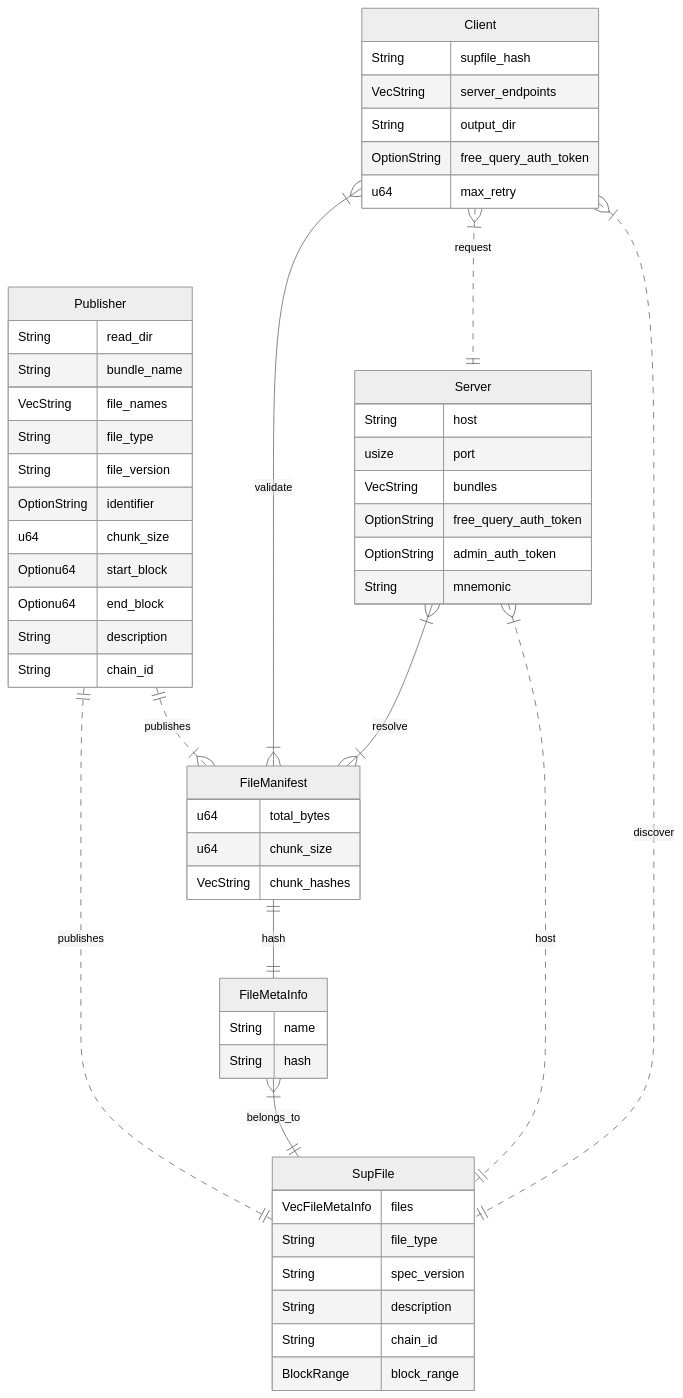
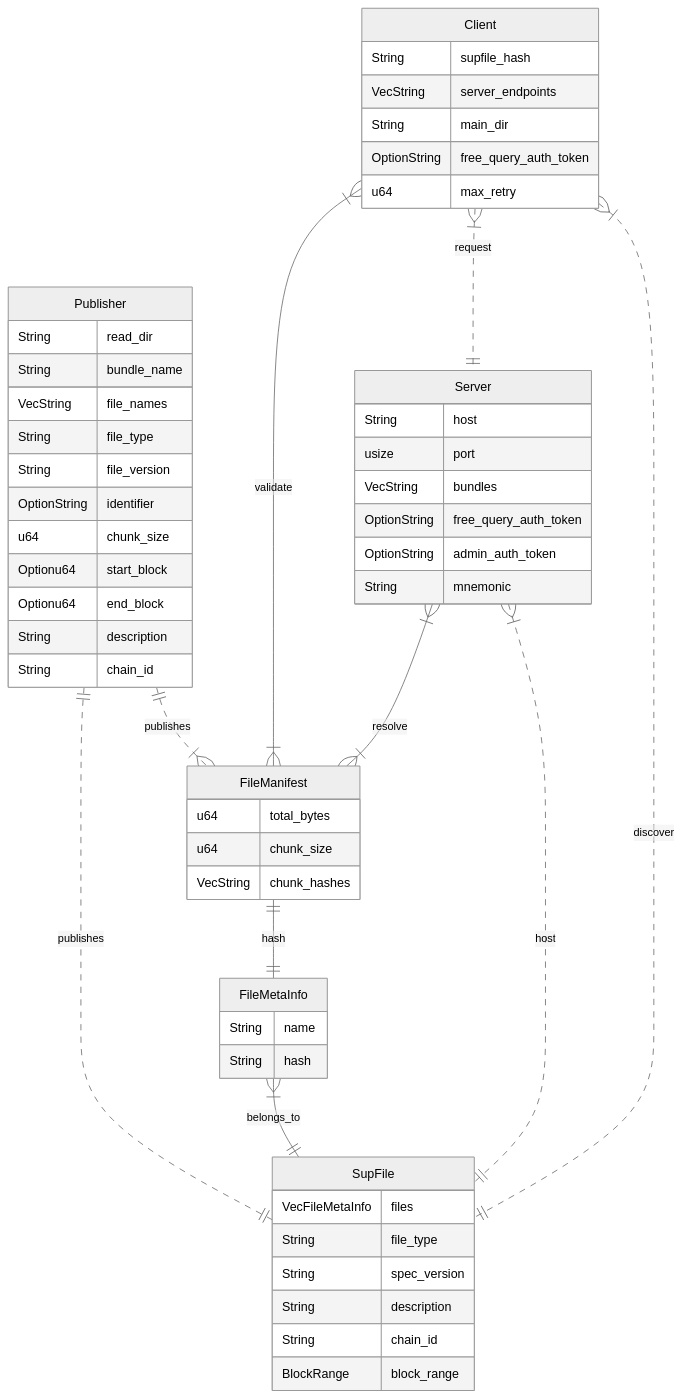
Before and after one commit to graphops/file-hosting-service: the diagram in docs/manifest.md, drawn with Mermaid (neutral theme). The commit also changed 22 other files, not shown here.

````diff
--- a/docs/manifest.md
+++ b/docs/manifest.md
@@ -5,62 +5,62 @@
 ```mermaid
 erDiagram
     Publisher ||..|{ FileManifest : publishes
     FileManifest ||--|| FileMetaInfo : hash
     FileMetaInfo }|--|| SupFile : belongs_to
     Publisher ||..|| SupFile : publishes
     Server }|..|| SupFile : host
     Server }|--|{ FileManifest : resolve
     Client }|..|| SupFile : discover
     Client }|..|| Server : request
     Client }|--|{ FileManifest : validate
 
     FileManifest {
         u64 total_bytes
         u64 chunk_size
         VecString chunk_hashes
     }
     Publisher {
         String read_dir
         String bundle_name
         VecString file_names
         String file_type
         String file_version
         OptionString identifier
         u64 chunk_size
         Optionu64 start_block
         Optionu64 end_block
         String description
         String chain_id
     }
     FileMetaInfo {
         String name
         String hash
     }
 
     SupFile {
         VecFileMetaInfo files
         String file_type
         String spec_version
         String description
         String chain_id
         BlockRange block_range
     }
 
     Server {
         String host
         usize port
         VecString bundles
         OptionString free_query_auth_token
         OptionString admin_auth_token
         String mnemonic
     }
 
     Client {
         String supfile_hash
         VecString server_endpoints
-        String output_dir
+        String main_dir
         OptionString free_query_auth_token
         u64 max_retry
     }
     
 ```
````
